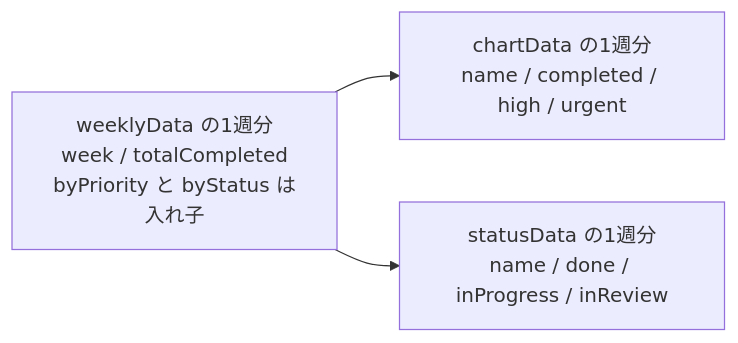
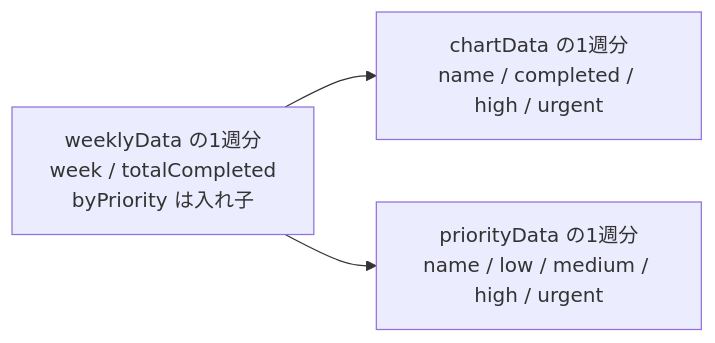
Before and after one commit to kouiso/task-app: the second of 2 diagrams in material/30days-curriculum/day23_週次レポート.md, drawn with Mermaid. The commit also changed other lines of this file and 250 other files, not shown here.

````diff
--- a/material/30days-curriculum/day23_週次レポート.md
+++ b/material/30days-curriculum/day23_週次レポート.md
@@ -899,6 +885,6 @@
 ```mermaid
 flowchart LR
-    W["weeklyData の1週分<br/>week / totalCompleted<br/>byPriority と byStatus は入れ子"]
+    W["weeklyData の1週分<br/>week / totalCompleted<br/>byPriority は入れ子"]
     W --> C["chartData の1週分<br/>name / completed / high / urgent"]
-    W --> S["statusData の1週分<br/>name / done / inProgress / inReview"]
+    W --> S["priorityData の1週分<br/>name / low / medium / high / urgent"]
 ```
````
